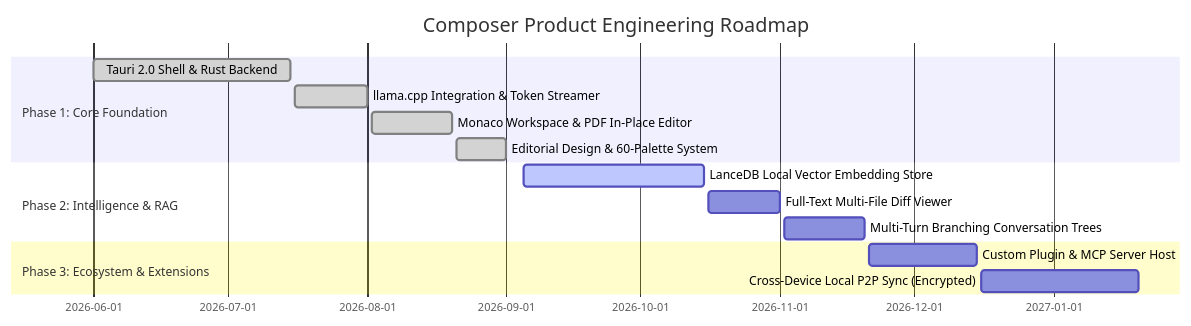
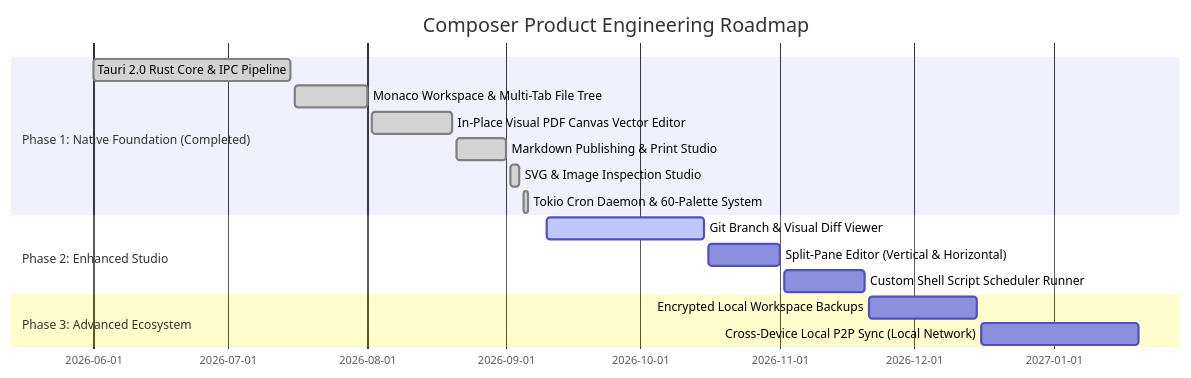
The ninth of 9 diagrams in PRD.md (zishan049/Composer), drawn with Mermaid before and after one commit. The commit also changed other lines of this file and 1 other file, not shown here.

````diff
--- a/PRD.md
+++ b/PRD.md
@@ -893,17 +710,19 @@
 ```mermaid
 gantt
     title Composer Product Engineering Roadmap
     dateFormat  YYYY-MM-DD
-    section Phase 1: Core Foundation
-    Tauri 2.0 Shell & Rust Backend          :done,    2026-06-01, 2026-07-15
-    llama.cpp Integration & Token Streamer  :done,    2026-07-16, 2026-08-01
-    Monaco Workspace & PDF In-Place Editor  :done,    2026-08-02, 2026-08-20
-    Editorial Design & 60-Palette System    :done,    2026-08-21, 2026-09-01
-    section Phase 2: Intelligence & RAG
-    LanceDB Local Vector Embedding Store    :active,  2026-09-05, 2026-10-15
-    Full-Text Multi-File Diff Viewer        :         2026-10-16, 2026-11-01
-    Multi-Turn Branching Conversation Trees :         2026-11-02, 2026-11-20
-    section Phase 3: Ecosystem & Extensions
-    Custom Plugin & MCP Server Host         :         2026-11-21, 2026-12-15
-    Cross-Device Local P2P Sync (Encrypted) :         2026-12-16, 2027-01-20
+    section Phase 1: Native Foundation (Completed)
+    Tauri 2.0 Rust Core & IPC Pipeline          :done,    2026-06-01, 2026-07-15
+    Monaco Workspace & Multi-Tab File Tree      :done,    2026-07-16, 2026-08-01
+    In-Place Visual PDF Canvas Vector Editor    :done,    2026-08-02, 2026-08-20
+    Markdown Publishing & Print Studio          :done,    2026-08-21, 2026-09-01
+    SVG & Image Inspection Studio               :done,    2026-09-02, 2026-09-04
+    Tokio Cron Daemon & 60-Palette System       :done,    2026-09-05, 2026-09-06
+    section Phase 2: Enhanced Studio
+    Git Branch & Visual Diff Viewer             :active,  2026-09-10, 2026-10-15
+    Split-Pane Editor (Vertical & Horizontal)   :         2026-10-16, 2026-11-01
+    Custom Shell Script Scheduler Runner        :         2026-11-02, 2026-11-20
+    section Phase 3: Advanced Ecosystem
+    Encrypted Local Workspace Backups           :         2026-11-21, 2026-12-15
+    Cross-Device Local P2P Sync (Local Network) :         2026-12-16, 2027-01-20
 ```
````
